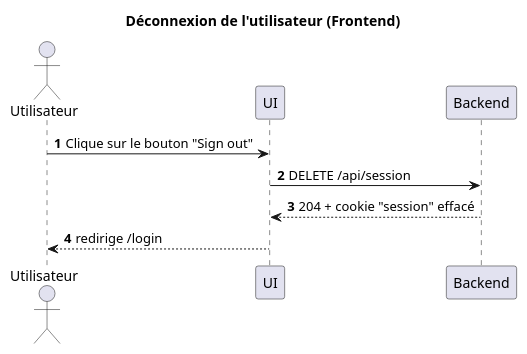
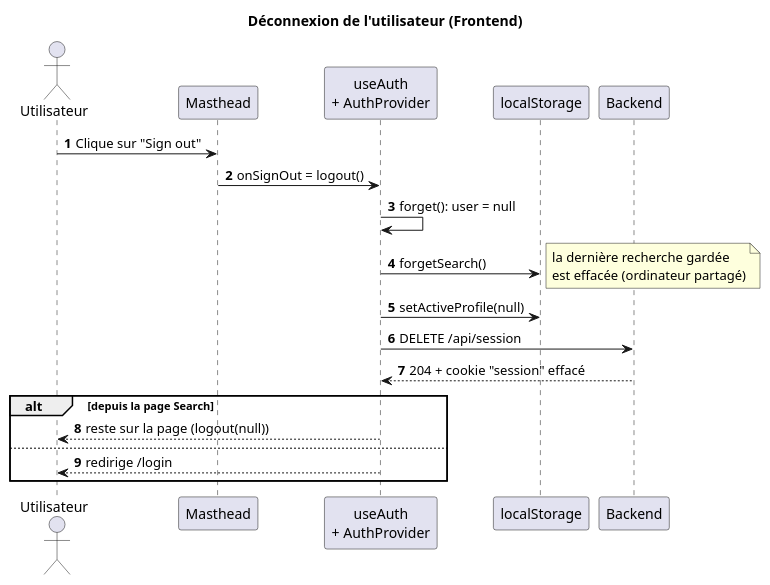
One commit to TPI2026-NewsGenerator/NewsGenerator-Frontend changed the diagram in docs/UML/login_logout-sequence-diagram.puml. Above: the diagram before and after it, drawn with PlantUML. The commit also changed other lines of this file and 35 other files, not shown here.

First line of the commit message:
Bring the README, the use cases and the client's diagrams up to date

```diff
--- a/docs/UML/login_logout-sequence-diagram.puml
+++ b/docs/UML/login_logout-sequence-diagram.puml
@@ -1,14 +3,25 @@
 @startuml
 title Déconnexion de l'utilisateur (Frontend)
 autonumber
 
 actor "Utilisateur" as User
-participant "UI" as UI
+participant "Masthead" as UI
+participant "useAuth\n+ AuthProvider" as Auth
+participant "localStorage" as LS
 participant "Backend" as BE
 
-User -> UI : Clique sur le bouton "Sign out"
-UI -> BE : DELETE /api/session
-BE --> UI : 204 + cookie "session" effacé
-UI --> User : redirige /login
+User -> UI : Clique sur "Sign out"
+UI -> Auth : onSignOut = logout()
+Auth -> Auth : forget(): user = null
+Auth -> LS : forgetSearch()
+note right : la dernière recherche gardée\nest effacée (ordinateur partagé)
+Auth -> LS : setActiveProfile(null)
+Auth -> BE : DELETE /api/session
+BE --> Auth : 204 + cookie "session" effacé
+alt depuis la page Search
+    Auth --> User : reste sur la page (logout(null))
+else
+    Auth --> User : redirige /login
+end
 
 @enduml
```
